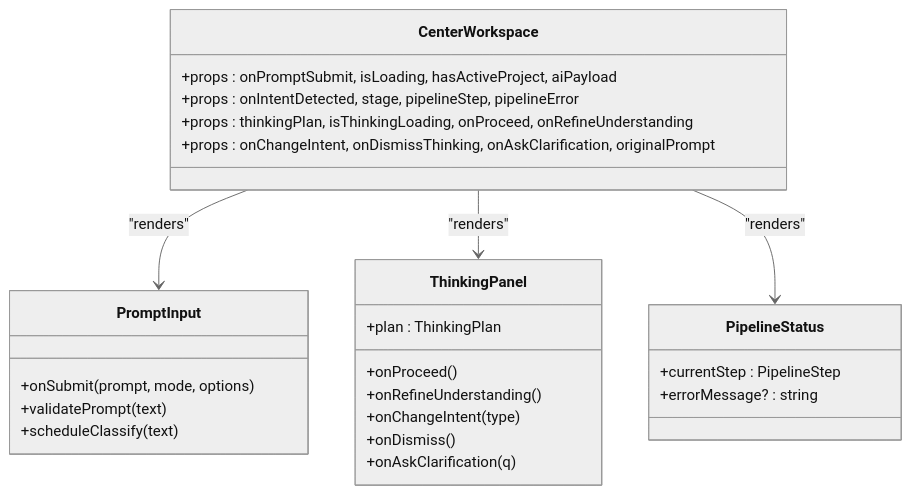
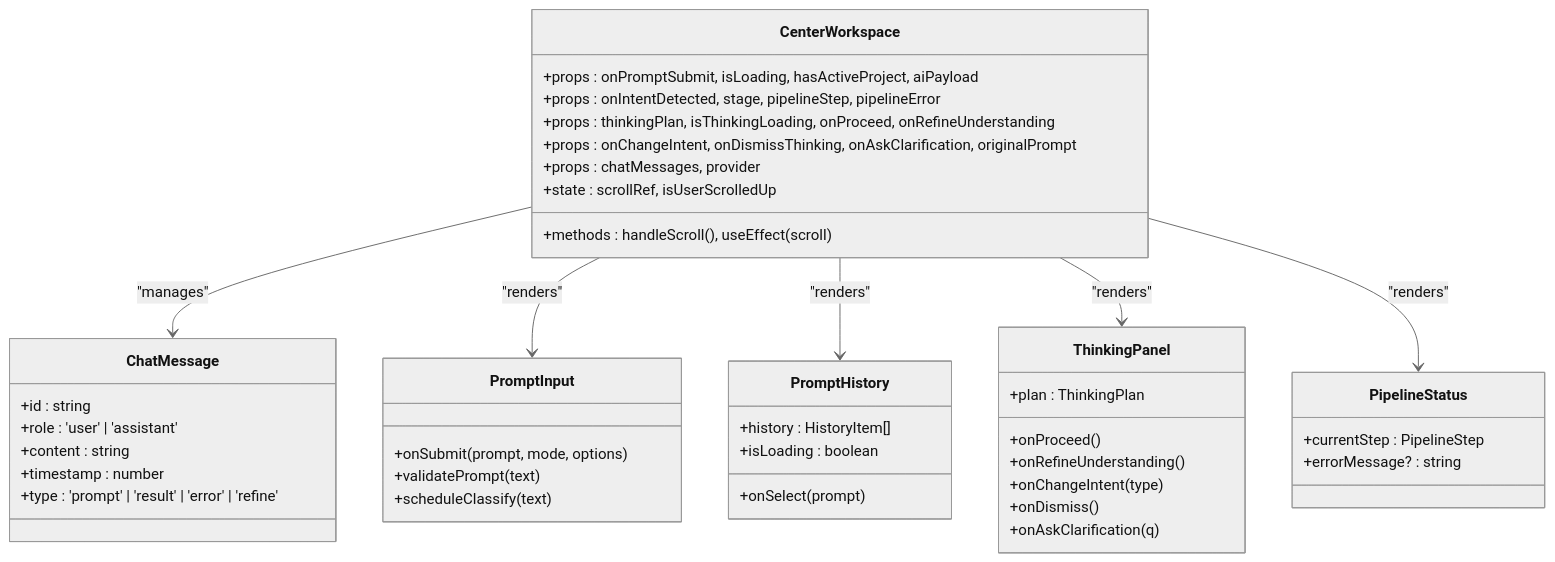
The sixth of 10 diagrams in .qoder/repowiki/en/content/Architecture & Design/Layered Architecture/Presentation Layer.md (shekhargiri005-dotcom/AI-powered-accessibility-first-UI-engine), drawn with Mermaid (neutral theme) before and after one commit. The commit also changed other lines of this file and 71 other files, not shown here.

````diff
--- a/.qoder/repowiki/en/content/Architecture & Design/Layered Architecture/Presentation Layer.md
+++ b/.qoder/repowiki/en/content/Architecture & Design/Layered Architecture/Presentation Layer.md
@@ -243,29 +278,46 @@
 ```mermaid
 classDiagram
 class CenterWorkspace {
 +props : onPromptSubmit, isLoading, hasActiveProject, aiPayload
 +props : onIntentDetected, stage, pipelineStep, pipelineError
 +props : thinkingPlan, isThinkingLoading, onProceed, onRefineUnderstanding
 +props : onChangeIntent, onDismissThinking, onAskClarification, originalPrompt
++props : chatMessages, provider
++state : scrollRef, isUserScrolledUp
++methods : handleScroll(), useEffect(scroll)
+}
+class ChatMessage {
++id : string
++role : 'user' | 'assistant'
++content : string
++timestamp : number
++type : 'prompt' | 'result' | 'error' | 'refine'
 }
 class PromptInput {
 +onSubmit(prompt, mode, options)
 +validatePrompt(text)
 +scheduleClassify(text)
+}
+class PromptHistory {
++history : HistoryItem[]
++isLoading : boolean
++onSelect(prompt)
 }
 class ThinkingPanel {
 +plan : ThinkingPlan
 +onProceed()
 +onRefineUnderstanding()
 +onChangeIntent(type)
 +onDismiss()
 +onAskClarification(q)
 }
 class PipelineStatus {
 +currentStep : PipelineStep
 +errorMessage? : string
 }
+CenterWorkspace --> ChatMessage : "manages"
 CenterWorkspace --> PromptInput : "renders"
+CenterWorkspace --> PromptHistory : "renders"
 CenterWorkspace --> ThinkingPanel : "renders"
 CenterWorkspace --> PipelineStatus : "renders"
 ```
````
